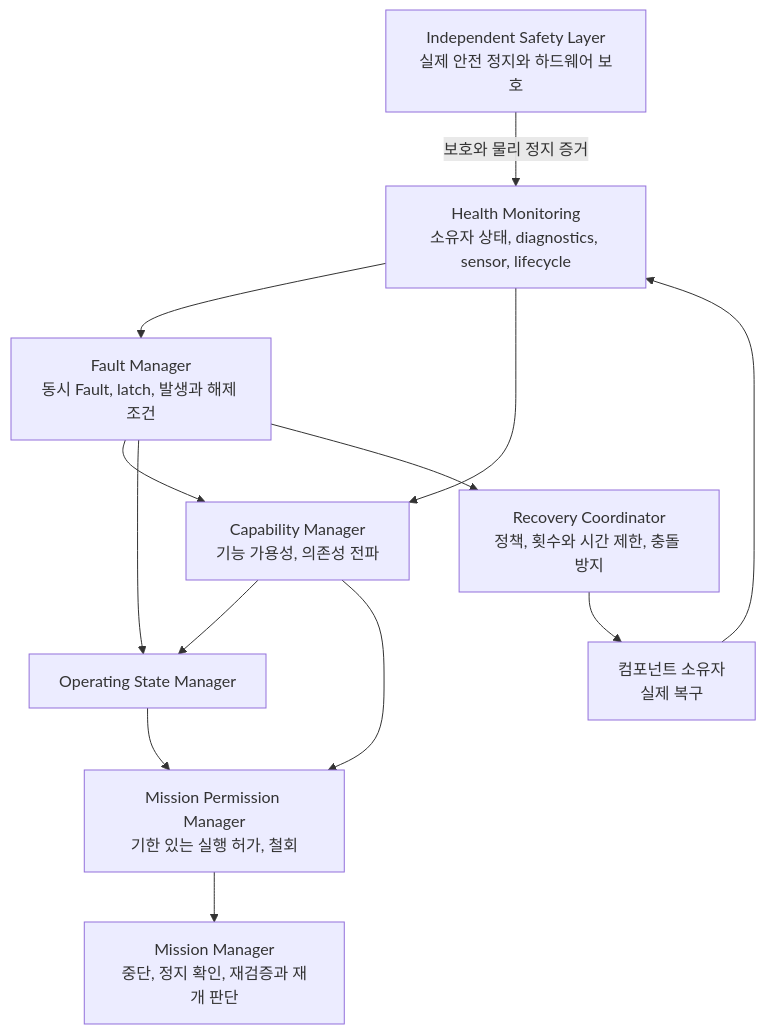
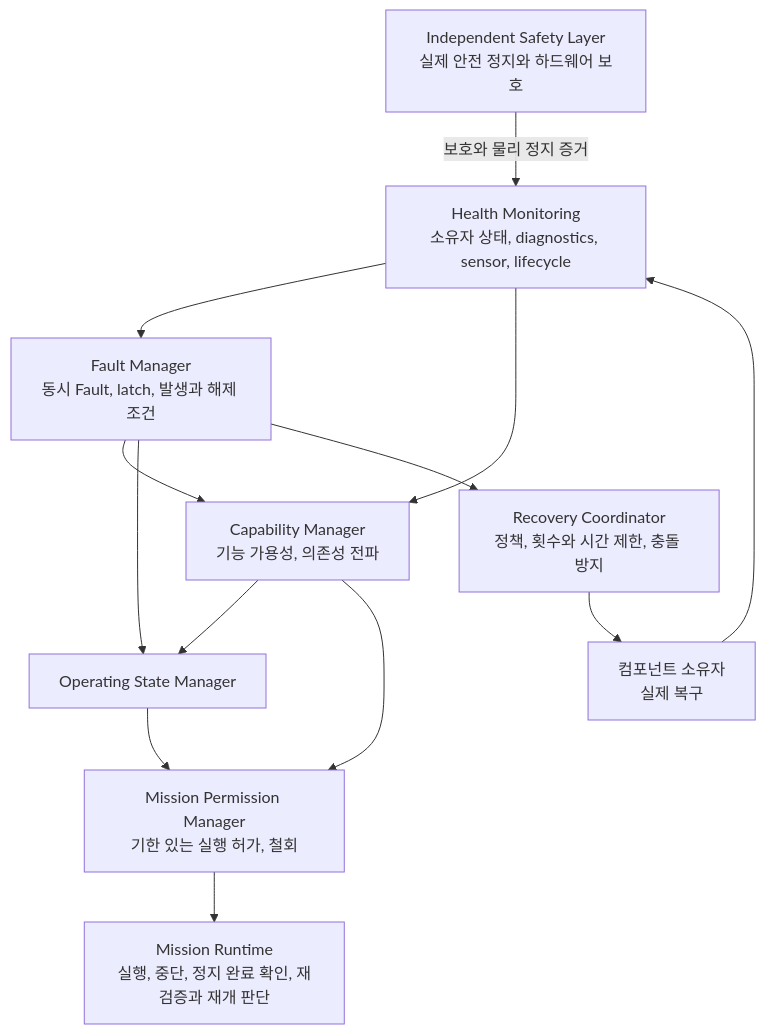
One commit to asm17-moving-agent/cleany-docs changed the diagram in 20_TECHNICAL/14 - System Supervisor.md. Above: the diagram before and after it, drawn with Mermaid. The commit also changed other lines of this file and 1 other file, not shown here.

First line of the commit message:
docs: align System Supervisor with the integrated Mission Runtime

````diff
--- a/20_TECHNICAL/14 - System Supervisor.md
+++ b/20_TECHNICAL/14 - System Supervisor.md
@@ -14,25 +15,25 @@
 ```mermaid
 flowchart TB
     health["Health Monitoring<br/>소유자 상태, diagnostics, sensor, lifecycle"]
     fault["Fault Manager<br/>동시 Fault, latch, 발생과 해제 조건"]
     capability["Capability Manager<br/>기능 가용성, 의존성 전파"]
     operating["Operating State Manager"]
     permission["Mission Permission Manager<br/>기한 있는 실행 허가, 철회"]
     recovery["Recovery Coordinator<br/>정책, 횟수와 시간 제한, 충돌 방지"]
     owner["컴포넌트 소유자<br/>실제 복구"]
-    mission["Mission Manager<br/>중단, 정지 확인, 재검증과 재개 판단"]
+    mission["Mission Runtime<br/>실행, 중단, 정지 완료 확인, 재검증과 재개 판단"]
     safety["Independent Safety Layer<br/>실제 안전 정지와 하드웨어 보호"]
 
     health --> fault
     health --> capability
     fault --> capability
     fault --> operating
     capability --> operating
     operating --> permission
     capability --> permission
     permission --> mission
     fault --> recovery
     recovery --> owner
     owner --> health
     safety -->|보호와 물리 정지 증거| health
 ```
````
